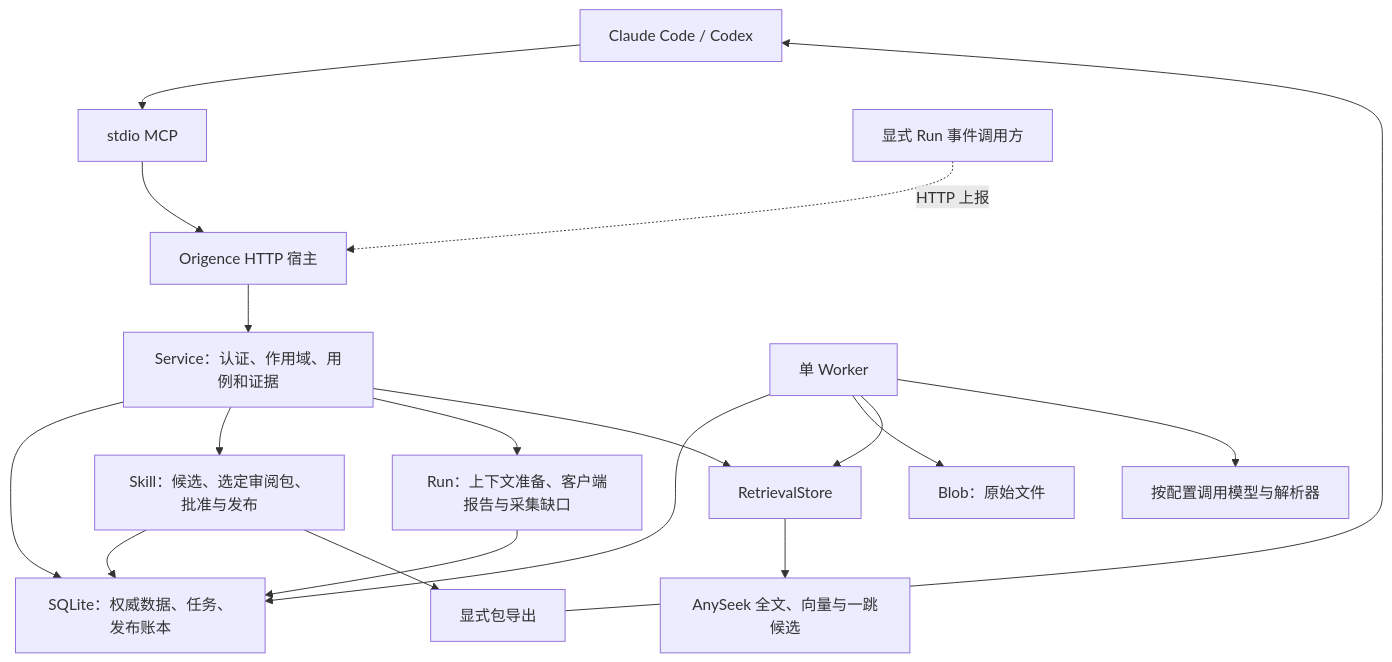
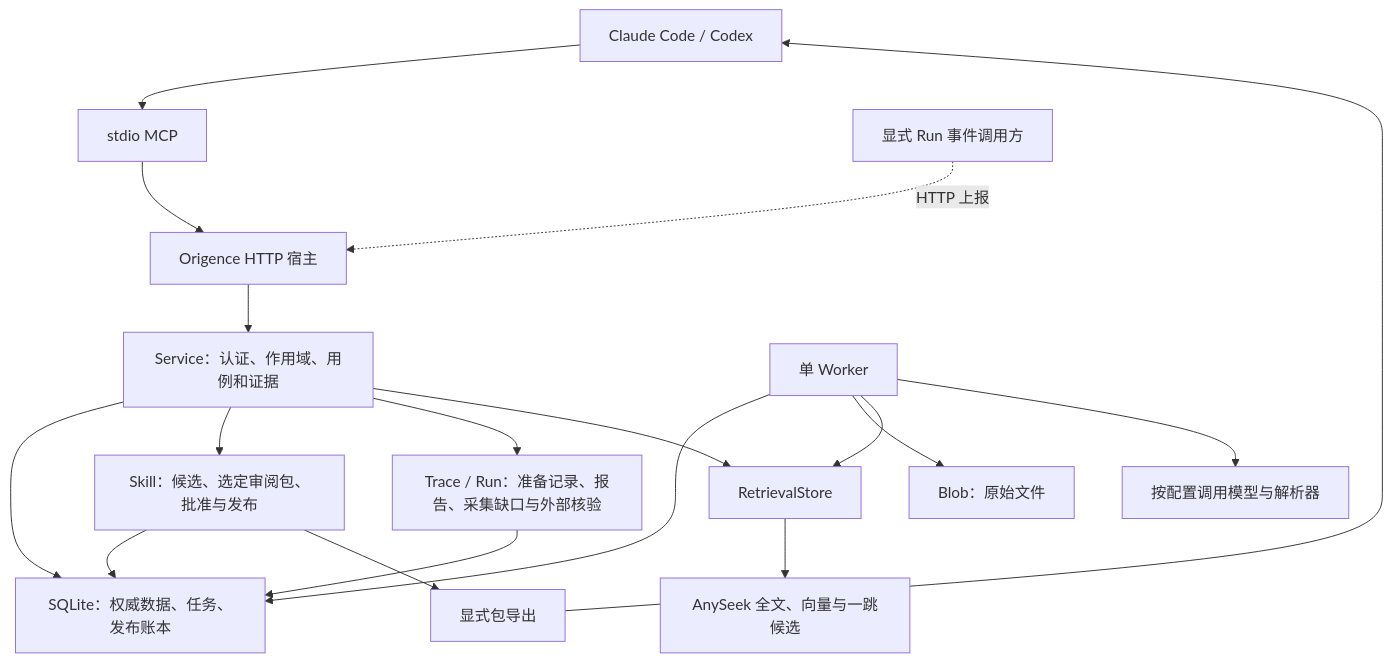
Before and after one commit to TheLudlows/Origence: the diagram in docs/design/current-implementation.md, drawn with Mermaid. The commit also changed other lines of this file and 50 other files, not shown here.

````diff
--- a/docs/design/current-implementation.md
+++ b/docs/design/current-implementation.md
@@ -18,20 +16,20 @@
 ```mermaid
 flowchart TD
     C[Claude Code / Codex] --> M[stdio MCP]
     M --> H[Origence HTTP 宿主]
     H --> S[Service：认证、作用域、用例和证据]
     S --> A[SQLite：权威数据、任务、发布账本]
     S --> K[Skill：候选、选定审阅包、批准与发布]
     K --> A
     K --> E[显式包导出]
     E --> C
-    S --> O[Run：上下文准备、客户端报告与采集缺口]
+    S --> O[Trace / Run：准备记录、报告、采集缺口与外部核验]
     O --> A
     X[显式 Run 事件调用方] -. HTTP 上报 .-> H
     W[单 Worker] --> A
     W --> B[Blob：原始文件]
     W --> R[RetrievalStore]
     S --> R
     R --> F[AnySeek 全文、向量与一跳候选]
     W --> P[按配置调用模型与解析器]
 ```
````
